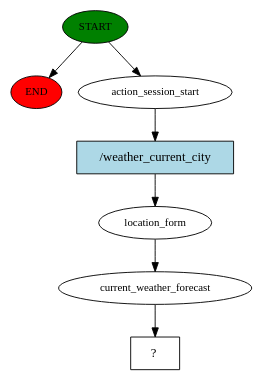
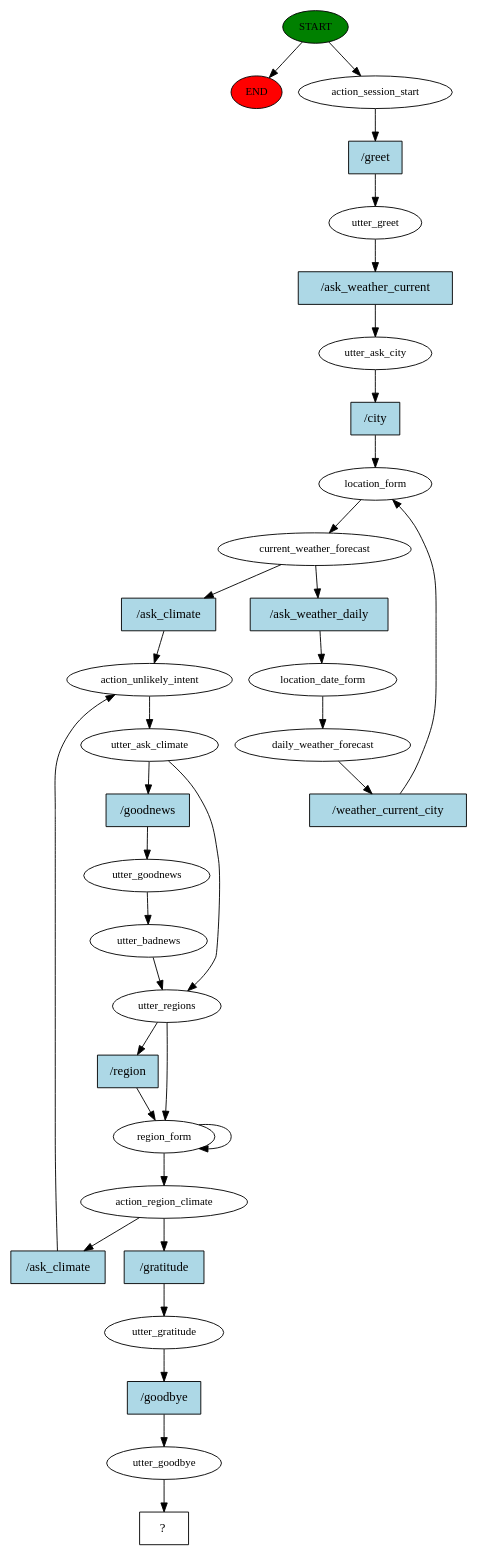
One commit to CLozy/anga changed the diagram in story_graph.dot. Above: the diagram before and after it, drawn with Graphviz. The commit also changed 62 other files, not shown here.

```diff
--- a/story_graph.dot
+++ b/story_graph.dot
@@ -1,15 +1,66 @@
 digraph  {
 0 [class="start active", fillcolor=green, fontsize=12, label=START, style=filled];
 "-1" [class=end, fillcolor=red, fontsize=12, label=END, style=filled];
 1 [class=active, fontsize=12, label=action_session_start];
-2 [class=active, fontsize=12, label=location_form];
-3 [class=active, fontsize=12, label=current_weather_forecast];
-4 [class="intent dashed active", label="  ?  ", shape=rect];
-5 [class="intent active", fillcolor=lightblue, label="/weather_current_city", shape=rect, style=filled];
+2 [class=active, fontsize=12, label=utter_greet];
+3 [class=active, fontsize=12, label=utter_ask_city];
+4 [class=active, fontsize=12, label=location_form];
+5 [class=active, fontsize=12, label=current_weather_forecast];
+6 [class=active, fontsize=12, label=location_date_form];
+7 [class=active, fontsize=12, label=daily_weather_forecast];
+10 [class=active, fontsize=12, label=action_unlikely_intent];
+11 [class=active, fontsize=12, label=utter_ask_climate];
+12 [class=active, fontsize=12, label=utter_goodnews];
+13 [class=active, fontsize=12, label=utter_badnews];
+14 [class=active, fontsize=12, label=utter_regions];
+15 [class=active, fontsize=12, label=region_form];
+16 [class=active, fontsize=12, label=action_region_climate];
+23 [class=active, fontsize=12, label=utter_gratitude];
+24 [class=active, fontsize=12, label=utter_goodbye];
+25 [class="intent dashed active", label="  ?  ", shape=rect];
+26 [class="intent active", fillcolor=lightblue, label="/greet", shape=rect, style=filled];
+27 [class="intent active", fillcolor=lightblue, label="/ask_weather_current", shape=rect, style=filled];
+28 [class="intent active", fillcolor=lightblue, label="/city", shape=rect, style=filled];
+29 [class="intent active", fillcolor=lightblue, label="/ask_weather_daily", shape=rect, style=filled];
+30 [class="intent active", fillcolor=lightblue, label="/ask_climate", shape=rect, style=filled];
+31 [class="intent active", fillcolor=lightblue, label="/weather_current_city", shape=rect, style=filled];
+32 [class="intent active", fillcolor=lightblue, label="/goodnews", shape=rect, style=filled];
+33 [class="intent active", fillcolor=lightblue, label="/region", shape=rect, style=filled];
+34 [class="intent active", fillcolor=lightblue, label="/ask_climate", shape=rect, style=filled];
+35 [class="intent active", fillcolor=lightblue, label="/gratitude", shape=rect, style=filled];
+36 [class="intent active", fillcolor=lightblue, label="/goodbye", shape=rect, style=filled];
 0 -> "-1"  [class="", key=NONE, label=""];
 0 -> 1  [class=active, key=NONE, label=""];
-1 -> 5  [class=active, key=0];
-2 -> 3  [class=active, key=NONE, label=""];
-3 -> 4  [class=active, key=NONE, label=""];
-5 -> 2  [class=active, key=0];
+1 -> 26  [class=active, key=0];
+2 -> 27  [class=active, key=0];
+3 -> 28  [class=active, key=0];
+4 -> 5  [class=active, key=NONE, label=""];
+5 -> 29  [class=active, key=0];
+5 -> 30  [class=active, key=0];
+6 -> 7  [class=active, key=NONE, label=""];
+7 -> 31  [class=active, key=0];
+10 -> 11  [class=active, key=NONE, label=""];
+11 -> 14  [class=active, key=NONE, label=""];
+11 -> 32  [class=active, key=0];
+12 -> 13  [class=active, key=NONE, label=""];
+13 -> 14  [class=active, key=NONE, label=""];
+14 -> 15  [class=active, key=NONE, label=""];
+14 -> 33  [class=active, key=0];
+15 -> 16  [class=active, key=NONE, label=""];
+15 -> 15  [class=active, key=NONE, label=""];
+16 -> 34  [class=active, key=0];
+16 -> 35  [class=active, key=0];
+23 -> 36  [class=active, key=0];
+24 -> 25  [class=active, key=NONE, label=""];
+26 -> 2  [class=active, key=0];
+27 -> 3  [class=active, key=0];
+28 -> 4  [class=active, key=0];
+29 -> 6  [class=active, key=0];
+30 -> 10  [class=active, key=0];
+31 -> 4  [class=active, key=0];
+32 -> 12  [class=active, key=0];
+33 -> 15  [class=active, key=0];
+34 -> 10  [class=active, key=0];
+35 -> 23  [class=active, key=0];
+36 -> 24  [class=active, key=0];
 }
```
